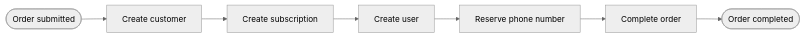
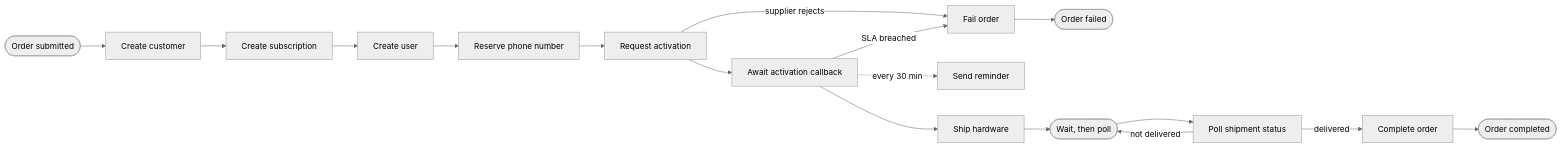
The diagram in README.md (Serg-Maximchuk/workflow_orchestrator_test), drawn with Mermaid (neutral theme) before and after one commit. The commit also changed other lines of this file and 2 other files, not shown here.

Commit message:
docs: record what Phase 3 delivered

````diff
--- a/README.md
+++ b/README.md
@@ -54,9 +54,19 @@
 ```mermaid
 flowchart LR
     A([Order submitted]) --> B[Create customer]
     B --> C[Create subscription]
     C --> D[Create user]
     D --> E[Reserve phone number]
-    E --> F[Complete order]
-    F --> G([Order completed])
+    E --> F[Request activation]
+    F -->|supplier rejects| X[Fail order]
+    F --> G[Await activation callback]
+    G -->|SLA breached| X
+    G -.->|every 30 min| R[Send reminder]
+    G --> H[Ship hardware]
+    H --> W(["Wait, then poll"])
+    W --> P[Poll shipment status]
+    P -->|not delivered| W
+    P -->|delivered| Z[Complete order]
+    X --> XE([Order failed])
+    Z --> ZE([Order completed])
 ```
````
